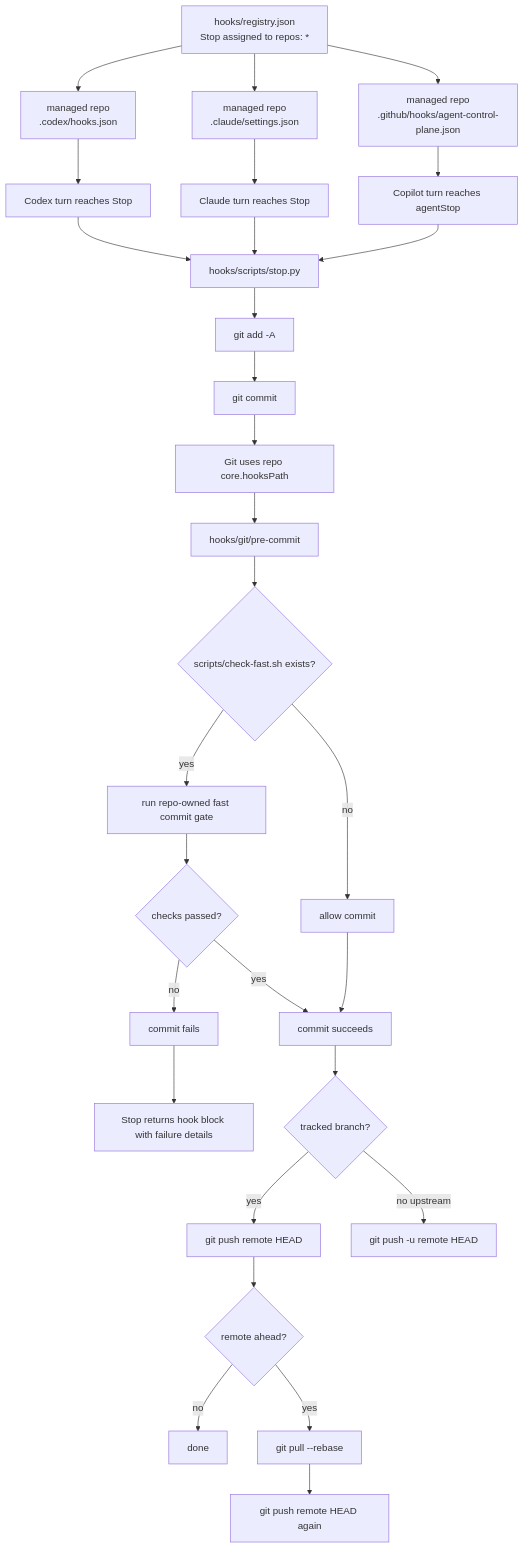
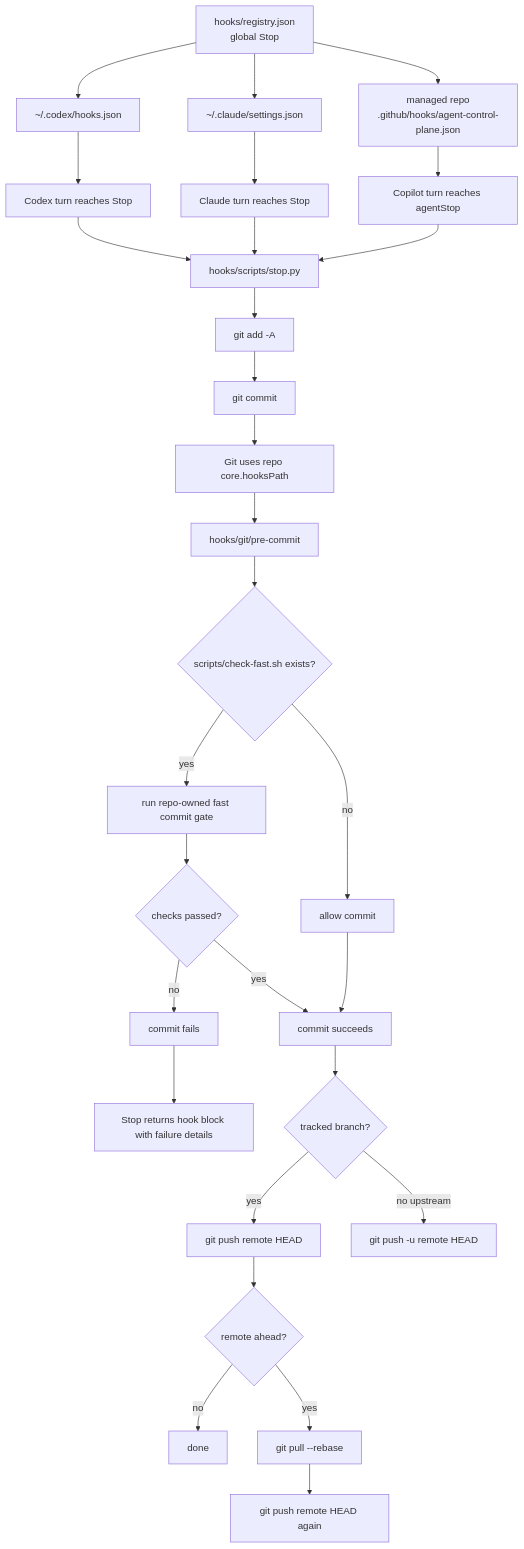
One commit to wisdom-in-a-nutshell/.agents changed the fifth of 6 diagrams in docs/architecture/codex-control-plane-script-flows.md. Above: the diagram before and after it, drawn with Mermaid. The commit also changed other lines of this file and 11 other files, not shown here.

````diff
--- a/docs/architecture/codex-control-plane-script-flows.md
+++ b/docs/architecture/codex-control-plane-script-flows.md
@@ -206,31 +206,31 @@
 ```mermaid
 flowchart TD
-    A[hooks/registry.json<br/>Stop assigned to repos: *] --> B[managed repo<br/>.codex/hooks.json]
-    A --> C[managed repo<br/>.claude/settings.json]
+    A[hooks/registry.json<br/>global Stop] --> B[~/.codex/hooks.json]
+    A --> C[~/.claude/settings.json]
     A --> Y[managed repo<br/>.github/hooks/agent-control-plane.json]
     B --> D[Codex turn reaches Stop]
     C --> E[Claude turn reaches Stop]
     Y --> E2[Copilot turn reaches agentStop]
     D --> F[hooks/scripts/stop.py]
     E --> F
     E2 --> F
     F --> G[git add -A]
     G --> H[git commit]
     H --> I[Git uses repo core.hooksPath]
     I --> J[hooks/git/pre-commit]
     J --> K{scripts/check-fast.sh exists?}
     K -->|yes| L[run repo-owned fast commit gate]
     K -->|no| M[allow commit]
     L --> N{checks passed?}
     N -->|no| O[commit fails]
     O --> P[Stop returns hook block with failure details]
     N -->|yes| Q[commit succeeds]
     M --> Q
     Q --> R{tracked branch?}
     R -->|yes| S[git push remote HEAD]
     S --> T{remote ahead?}
     T -->|no| V[done]
     T -->|yes| W[git pull --rebase]
     W --> X[git push remote HEAD again]
     R -->|no upstream| U[git push -u remote HEAD]
 ```
````
